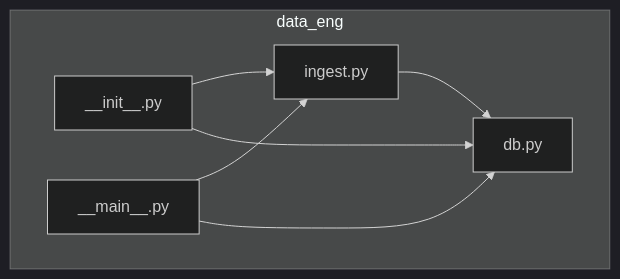
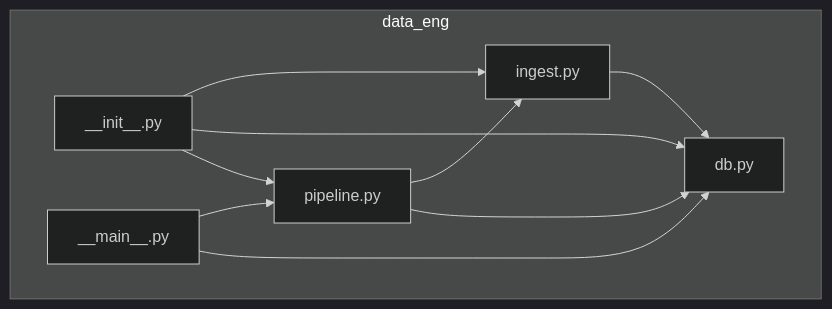
One commit to ZengSeng/telegram-bot changed the first of 7 diagrams in .qoder/repowiki/en/content/Core Components/Data Engineering Module.md. Above: the diagram before and after it, drawn with Mermaid (dark theme). The commit also changed other lines of this file and 10 other files, not shown here.

````diff
--- a/.qoder/repowiki/en/content/Core Components/Data Engineering Module.md
+++ b/.qoder/repowiki/en/content/Core Components/Data Engineering Module.md
@@ -44,14 +47,18 @@
 ```mermaid
 graph TB
 subgraph "data_eng"
 A["__init__.py"]
 B["__main__.py"]
 C["db.py"]
 D["ingest.py"]
+E["pipeline.py"]
 end
-B --> D
+B --> E
+E --> D
 D --> C
 A --> D
 A --> C
+A --> E
 B --> C
+E --> C
 ```
````
